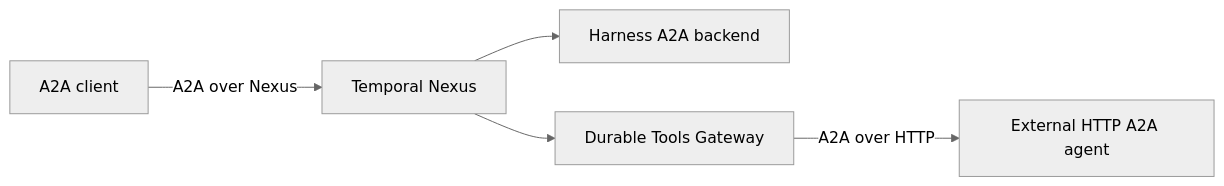
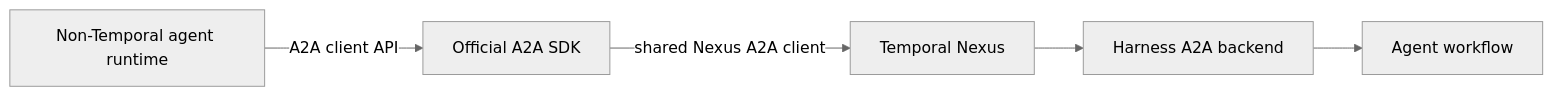
Diagram 12 of 16 in examples/nexus_hello/README.md (temporal-community/temporal-agent-harness), drawn with Mermaid (neutral theme) before and after one commit. The commit also changed other lines of this file and 5 other files, not shown here.

````diff
--- a/examples/nexus_hello/README.md
+++ b/examples/nexus_hello/README.md
@@ -226,13 +455,7 @@
 ```mermaid
 flowchart LR
-    caller[A2A client]
-    nexus[Temporal Nexus]
-    native[Harness A2A backend]
-    gateway[Durable Tools Gateway]
-    external[External HTTP A2A agent]
-
-    caller -->|A2A over Nexus| nexus
-    nexus --> native
-    nexus --> gateway
-    gateway -->|A2A over HTTP| external
+    External[Non-Temporal agent runtime] -->|A2A client API| SDK[Official A2A SDK]
+    SDK -->|shared Nexus A2A client| Nexus[Temporal Nexus]
+    Nexus --> Backend[Harness A2A backend]
+    Backend --> Agent[Agent workflow]
 ```
````
